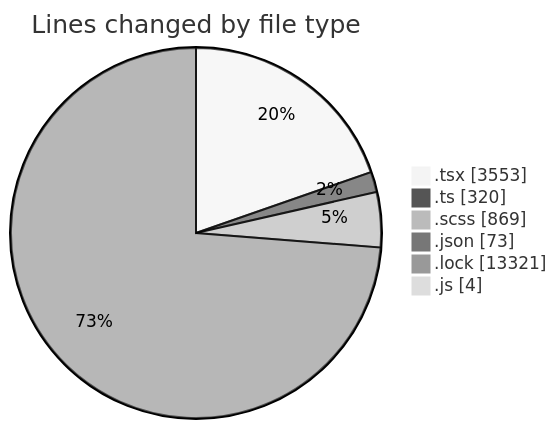
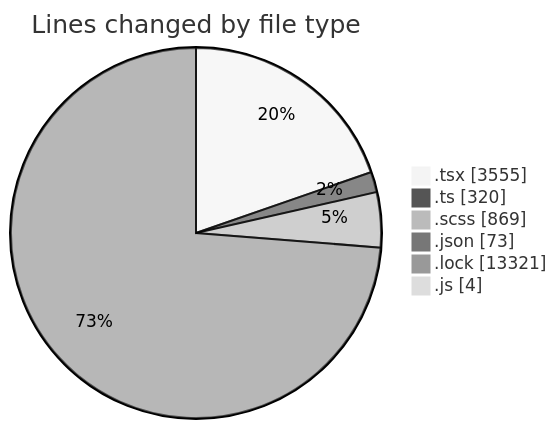
One commit to momahboobian/code-tracking changed the first of 2 diagrams in 2025-02-12/cda/README.md. Above: the diagram before and after it, drawn with Mermaid (neutral theme). The commit also changed other lines of this file and 1 other file, not shown here.

````diff
--- a/2025-02-12/cda/README.md
+++ b/2025-02-12/cda/README.md
@@ -41,10 +41,10 @@
 ```mermaid
 pie showData
 title Lines changed by file type
-".tsx" : 3553
+".tsx" : 3555
 ".ts" : 320
 ".scss" : 869
 ".json" : 73
 ".lock" : 13321
 ".js" : 4
 ```
````
